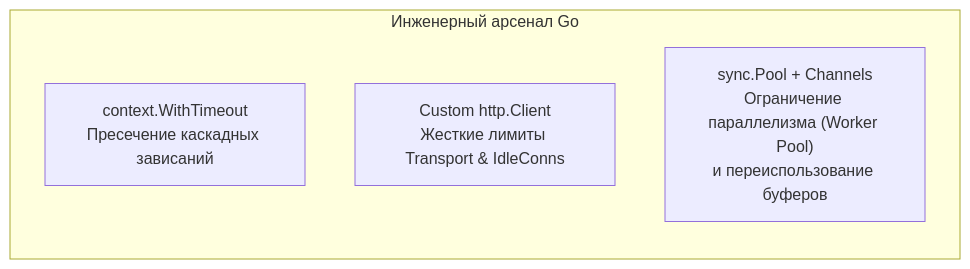
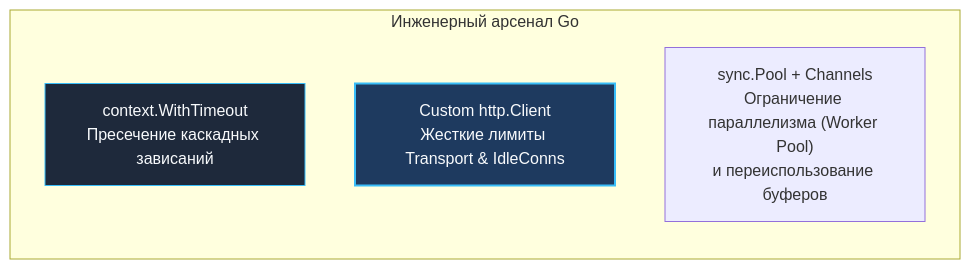
One commit to UnrealTemplier/go-textbook changed the fourth of 4 diagrams in sources/14. Распределенные системы на Go/01. Основы/2. Проблемы распределенных систем.md. Above: the diagram before and after it, drawn with Mermaid. The commit also changed other lines of this file and 1666 other files, not shown here.

First line of the commit message:
feat(mermaid): add semantic color classDef to 1369 colorless flowchart/graph diagrams

````diff
--- a/sources/14. Распределенные системы на Go/01. Основы/2. Проблемы распределенных систем.md
+++ b/sources/14. Распределенные системы на Go/01. Основы/2. Проблемы распределенных систем.md
@@ -199,8 +229,18 @@
 ```mermaid
 flowchart LR
+    classDef process  fill:#1e293b,stroke:#38bdf8,stroke-width:1px,color:#f8fafc
+    classDef success  fill:#064e3b,stroke:#34d399,stroke-width:1px,color:#f8fafc
+    classDef error    fill:#7f1d1d,stroke:#f87171,stroke-width:1px,color:#f8fafc
+    classDef warning  fill:#78350f,stroke:#fbbf24,stroke-width:1px,color:#f8fafc
+    classDef entry    fill:#1e3a5f,stroke:#38bdf8,stroke-width:2px,color:#f8fafc
+    classDef aux      fill:#334155,stroke:#64748b,stroke-width:1px,color:#f8fafc
+    classDef system   fill:#312e81,stroke:#a78bfa,stroke-width:1px,color:#f8fafc
+    classDef data     fill:#132d29,stroke:#2dd4bf,stroke-width:1px,color:#f8fafc
+    classDef network  fill:#881337,stroke:#fb7185,stroke-width:1px,color:#f8fafc
+    classDef accent   fill:#1e1b4b,stroke:#818cf8,stroke-width:1px,color:#f8fafc
     subgraph "Инженерный арсенал Go"
-        C1["context.WithTimeout<br>Пресечение каскадных зависаний"]
-        C2["Custom http.Client<br>Жесткие лимиты Transport & IdleConns"]
+        C1["context.WithTimeout<br>Пресечение каскадных зависаний"]:::process
+        C2["Custom http.Client<br>Жесткие лимиты Transport & IdleConns"]:::entry
         C3["sync.Pool + Channels<br>Ограничение параллелизма (Worker Pool)<br>и переиспользование буферов"]
     end
 ```
````
